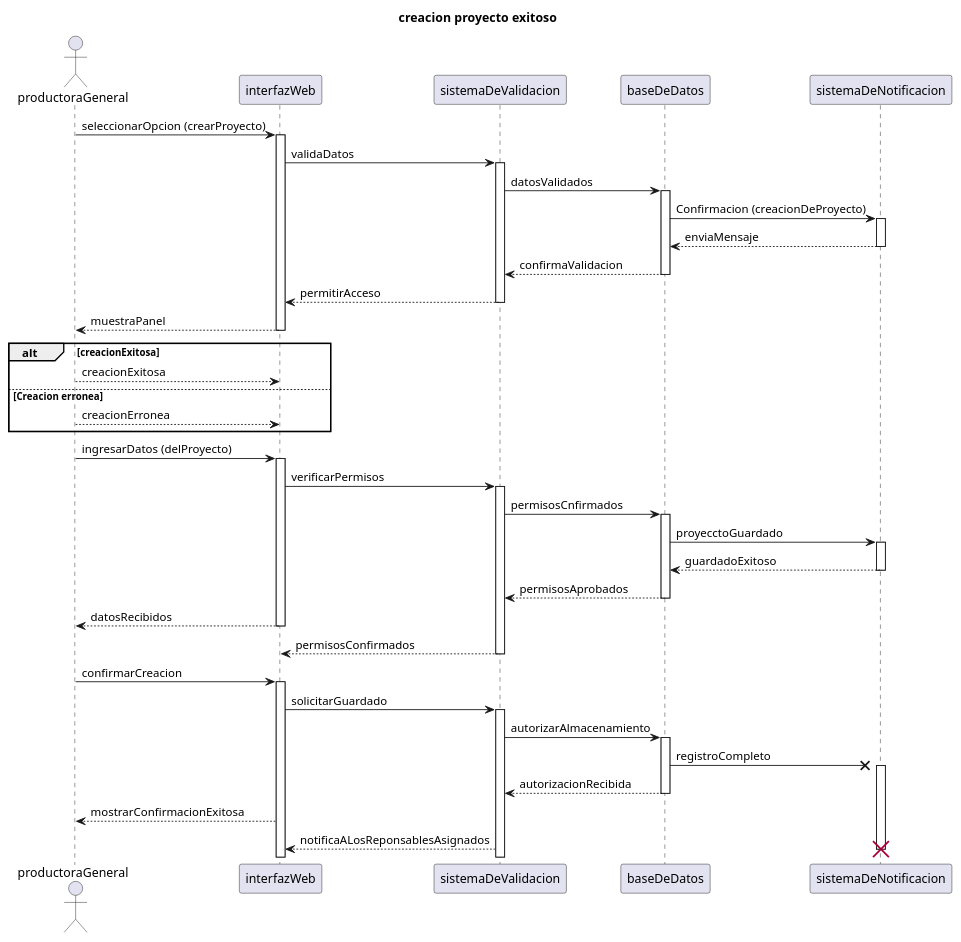
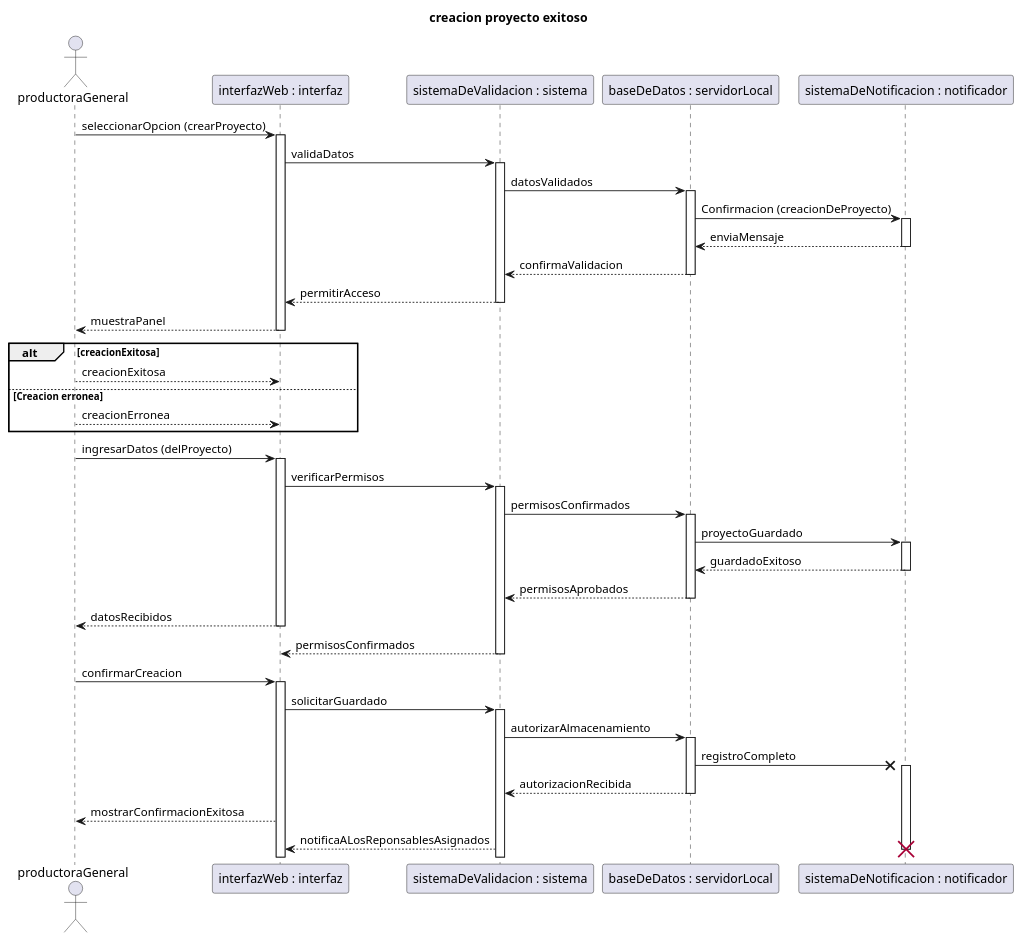
Before and after one commit to 9919-Mili/SistemaProductoraVideos: the diagram in diagramas/05-diagramas-secuencia/05-secuencia-creacion-proyecto-creacion-proyecto-exitoso-01.puml, drawn with PlantUML. The commit also changed 9 other files, not shown here.

```diff
--- a/diagramas/05-diagramas-secuencia/05-secuencia-creacion-proyecto-creacion-proyecto-exitoso-01.puml
+++ b/diagramas/05-diagramas-secuencia/05-secuencia-creacion-proyecto-creacion-proyecto-exitoso-01.puml
@@ -1,68 +1,68 @@
 @startuml 
 title creacion proyecto exitoso 
 
 actor productoraGeneral
-participant interfazWeb as interfazWeb
-participant sistemaDeValidacion as sistemaDeValidacion
-participant baseDeDatos as baseDeDatos
-participant sistemaDeNotificacion as sistemaDeNotificacion
+participant "interfazWeb : interfaz" as interfazWeb
+participant "sistemaDeValidacion : sistema" as sistemaDeValidacion
+participant "baseDeDatos : servidorLocal" as baseDeDatos
+participant "sistemaDeNotificacion : notificador" as sistemaDeNotificacion
 
 productoraGeneral -> interfazWeb: seleccionarOpcion (crearProyecto)
 activate interfazWeb
 interfazWeb -> sistemaDeValidacion: validaDatos 
 activate sistemaDeValidacion
 sistemaDeValidacion -> baseDeDatos: datosValidados
 activate baseDeDatos 
 baseDeDatos -> sistemaDeNotificacion: Confirmacion (creacionDeProyecto)
 activate sistemaDeNotificacion
 sistemaDeNotificacion --> baseDeDatos: enviaMensaje
 deactivate sistemaDeNotificacion
 baseDeDatos --> sistemaDeValidacion: confirmaValidacion
 deactivate baseDeDatos
 sistemaDeValidacion --> interfazWeb: permitirAcceso
 deactivate sistemaDeValidacion
 interfazWeb --> productoraGeneral: muestraPanel 
 deactivate interfazWeb
 
 alt creacionExitosa
     productoraGeneral --> interfazWeb: creacionExitosa
 else Creacion erronea
     productoraGeneral --> interfazWeb: creacionErronea
     end
 
 
 
 productoraGeneral -> interfazWeb: ingresarDatos (delProyecto)
 activate interfazWeb
 interfazWeb -> sistemaDeValidacion: verificarPermisos 
 activate sistemaDeValidacion
-sistemaDeValidacion -> baseDeDatos: permisosCnfirmados 
+sistemaDeValidacion -> baseDeDatos: permisosConfirmados 
 activate baseDeDatos
-baseDeDatos -> sistemaDeNotificacion: proyecctoGuardado
+baseDeDatos -> sistemaDeNotificacion: proyectoGuardado
 activate sistemaDeNotificacion
 sistemaDeNotificacion --> baseDeDatos: guardadoExitoso 
 deactivate sistemaDeNotificacion
 baseDeDatos --> sistemaDeValidacion: permisosAprobados 
 deactivate baseDeDatos
 interfazWeb --> productoraGeneral: datosRecibidos
 deactivate interfazWeb
 sistemaDeValidacion --> interfazWeb: permisosConfirmados 
 deactivate sistemaDeValidacion
 
 productoraGeneral -> interfazWeb: confirmarCreacion 
 activate interfazWeb
 interfazWeb -> sistemaDeValidacion: solicitarGuardado
 activate sistemaDeValidacion
 sistemaDeValidacion -> baseDeDatos: autorizarAlmacenamiento 
 activate baseDeDatos
 baseDeDatos -x sistemaDeNotificacion: registroCompleto
 activate sistemaDeNotificacion
 baseDeDatos -->sistemaDeValidacion: autorizacionRecibida
 deactivate  baseDeDatos
 interfazWeb -->productoraGeneral: mostrarConfirmacionExitosa
 sistemaDeValidacion--> interfazWeb: notificaALosReponsablesAsignados
 
 destroy sistemaDeNotificacion
 
 
 @enduml
```
